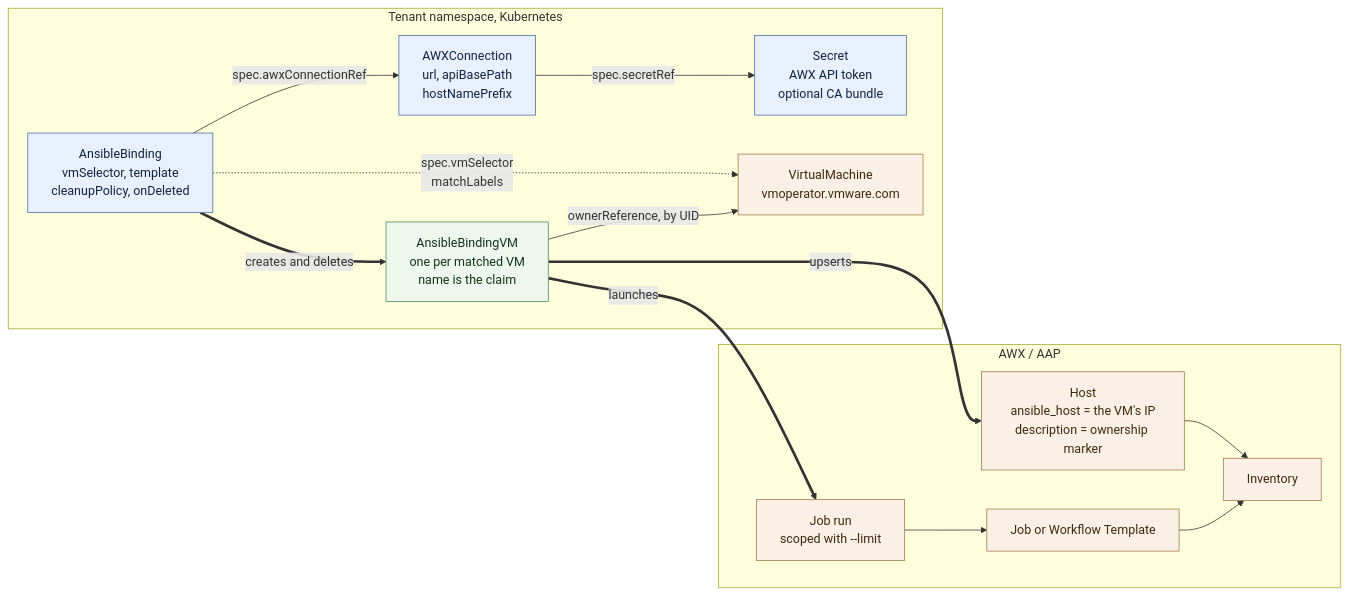
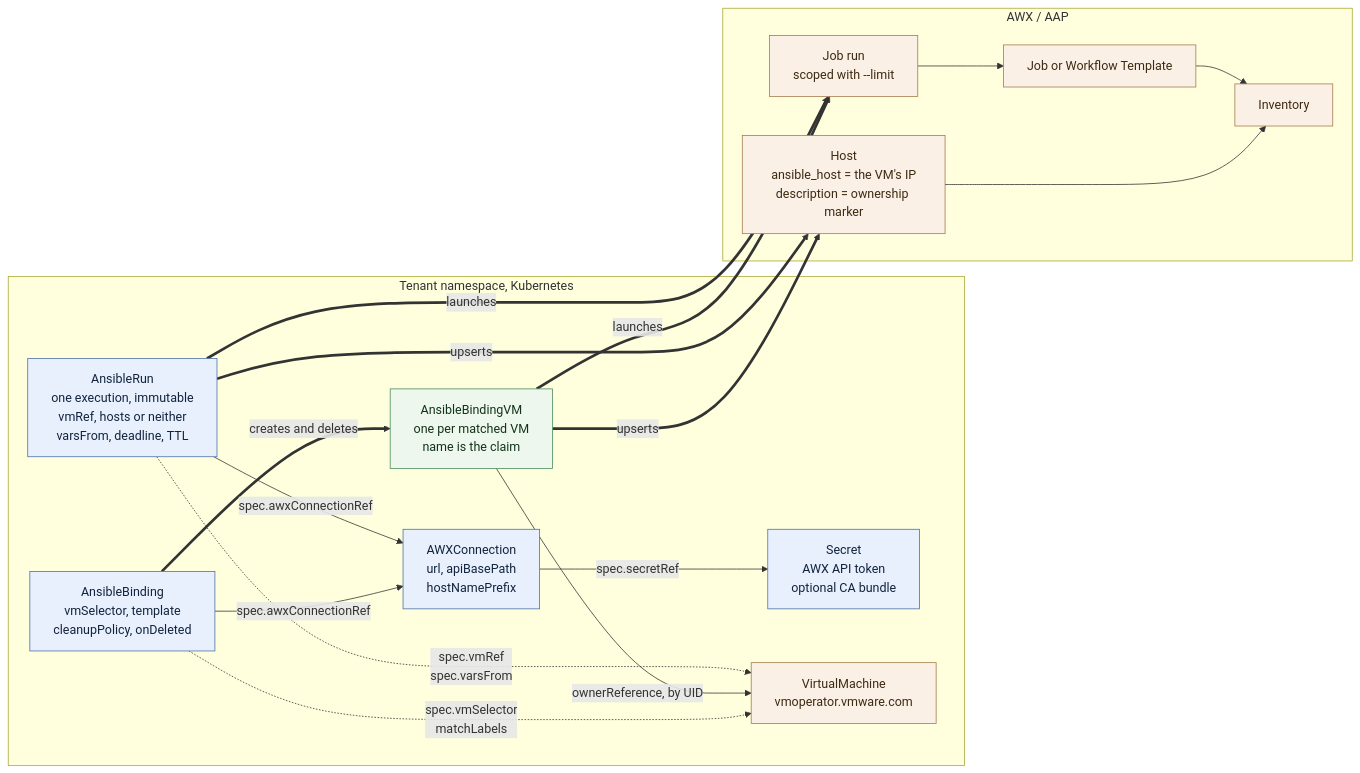
One commit to warroyo/ansible-supervisor-service changed the first of 3 diagrams in ARCHITECTURE.md. Above: the diagram before and after it, drawn with Mermaid. The commit also changed other lines of this file and 37 other files, not shown here.

````diff
--- a/ARCHITECTURE.md
+++ b/ARCHITECTURE.md
@@ -16,35 +18,40 @@
 ```mermaid
 flowchart LR
   subgraph tenant["Tenant namespace, Kubernetes"]
     secret["Secret<br/>AWX API token<br/>optional CA bundle"]
     conn["AWXConnection<br/>url, apiBasePath<br/>hostNamePrefix"]
     binding["AnsibleBinding<br/>vmSelector, template<br/>cleanupPolicy, onDeleted"]
     child["AnsibleBindingVM<br/>one per matched VM<br/>name is the claim"]
+    run["AnsibleRun<br/>one execution, immutable<br/>vmRef, hosts or neither<br/>varsFrom, deadline, TTL"]
     vm["VirtualMachine<br/>vmoperator.vmware.com"]
   end
 
   subgraph awx["AWX / AAP"]
     tmpl["Job or Workflow Template"]
     inv["Inventory"]
     host["Host<br/>ansible_host = the VM's IP<br/>description = ownership marker"]
     job["Job run<br/>scoped with --limit"]
   end
 
   conn -->|"spec.secretRef"| secret
   binding -->|"spec.awxConnectionRef"| conn
   binding -.->|"spec.vmSelector<br/>matchLabels"| vm
   binding ==>|"creates and deletes"| child
   child -->|"ownerReference, by UID"| vm
   child ==>|"upserts"| host
   child ==>|"launches"| job
+  run -->|"spec.awxConnectionRef"| conn
+  run -.->|"spec.vmRef<br/>spec.varsFrom"| vm
+  run ==>|"upserts"| host
+  run ==>|"launches"| job
   host --> inv
   tmpl --> inv
   job --> tmpl
 
   classDef yours fill:#e8f0fe,stroke:#4a6fa5,color:#12243d
   classDef ours fill:#eef7ee,stroke:#4a8a58,color:#12331a
   classDef ext fill:#faf0e6,stroke:#a5794a,color:#3d2a12
-  class secret,conn,binding yours
+  class secret,conn,binding,run yours
   class child ours
   class vm,tmpl,inv,host,job ext
 ```
````
